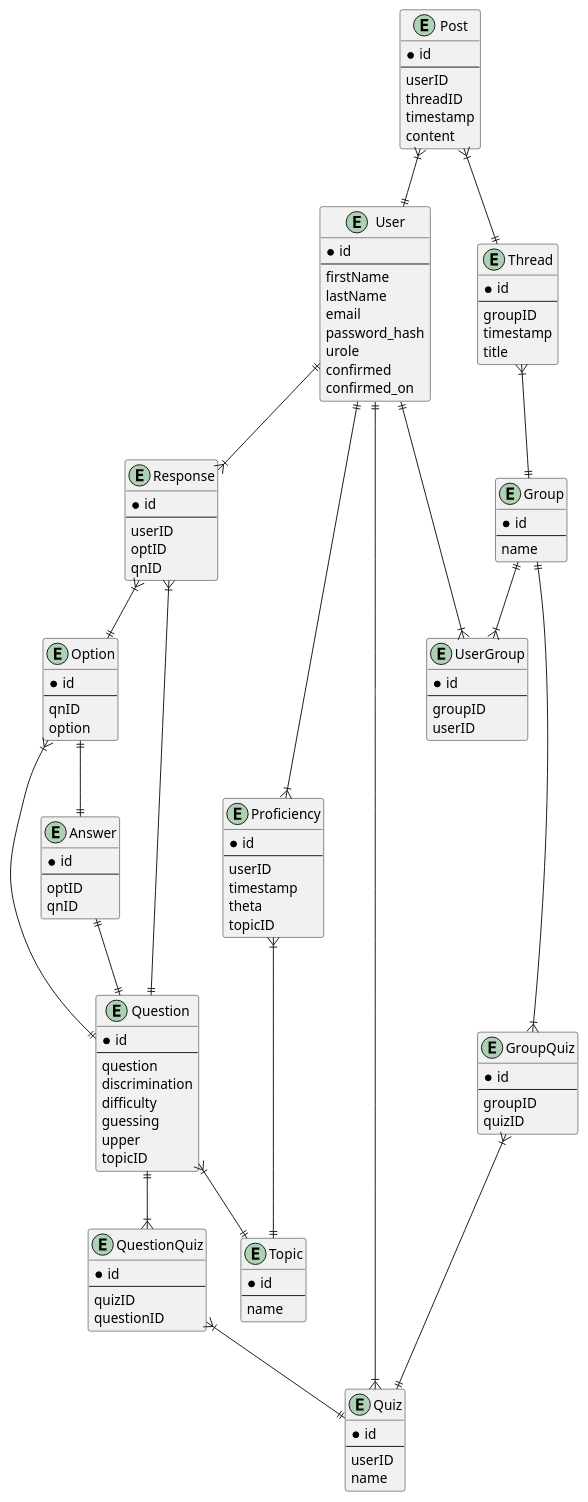
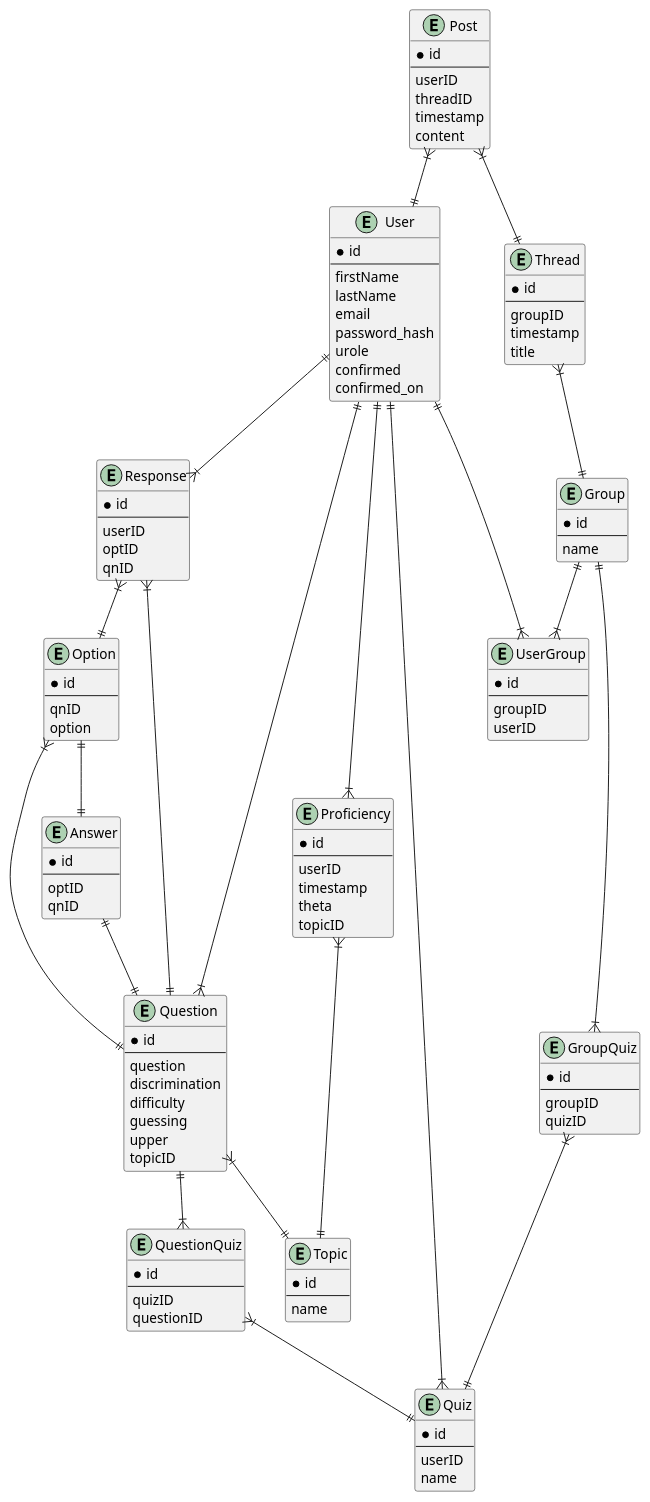
Before and after one commit to Orbital-Knewbie/Knewbie: the diagram in docs/diagrams/Database.puml, drawn with PlantUML. The commit also changed 2 other files, not shown here.

Commit message:
Database user question

```diff
--- a/docs/diagrams/Database.puml
+++ b/docs/diagrams/Database.puml
@@ -1,142 +1,143 @@
 @startuml
 ' avoid problems with angled crows feet
 ' skinparam linetype ortho
 
 entity User {
 *id
 --
 firstName
 lastName
 email
 password_hash
 urole
 confirmed
 confirmed_on
 }
 
 entity Response {
 *id
 --
 userID
 optID
 qnID
 }
 
 entity Question {
 *id
 --
 question
 discrimination
 difficulty
 guessing
 upper
 topicID
 }
 
 entity Option {
 *id
 --
 qnID
 option
 }
 
 entity Answer {
 *id
 --
 optID
 qnID
 }
 
 entity Thread {
 *id
 --
 groupID
 timestamp
 title
 }
 
 entity Post {
 *id
 --
 userID
 threadID
 timestamp
 content
 }
 
 entity Group {
 *id
 --
 name
 }
 
 entity UserGroup {
 *id
 --
 groupID
 userID
 }
 
 entity Proficiency {
 *id
 --
 userID
 timestamp
 theta
 topicID
 }
 
 entity Quiz {
 *id
 --
 userID
 name
 }
 
 entity GroupQuiz {
 *id
 --
 groupID
 quizID
 }
 
 entity QuestionQuiz {
 *id
 --
 quizID
 questionID
 }
 
 entity Topic {
 *id
 --
 name
 }
 
 User ||--|{ Response
 
 Response }|--|| Option
 Response }|--|| Question
 Option }|--|| Question
 Answer ||--|| Question
 Option ||--|| Answer
 
 
 User ||--|{ UserGroup
 Group ||--|{ UserGroup
 Thread }|--|| Group
 Post }|--|| Thread
 Post }|--|| User
 User ||--|{ Proficiency
 
 Quiz }|--|| User
+User ||--|{ Question
 Question ||--|{ QuestionQuiz
 QuestionQuiz }|--|| Quiz
 Question }|--|| Topic
 Proficiency }|--|| Topic
 
 Group ||--|{ GroupQuiz
 GroupQuiz }|--|| Quiz
 
 
 @enduml
```
